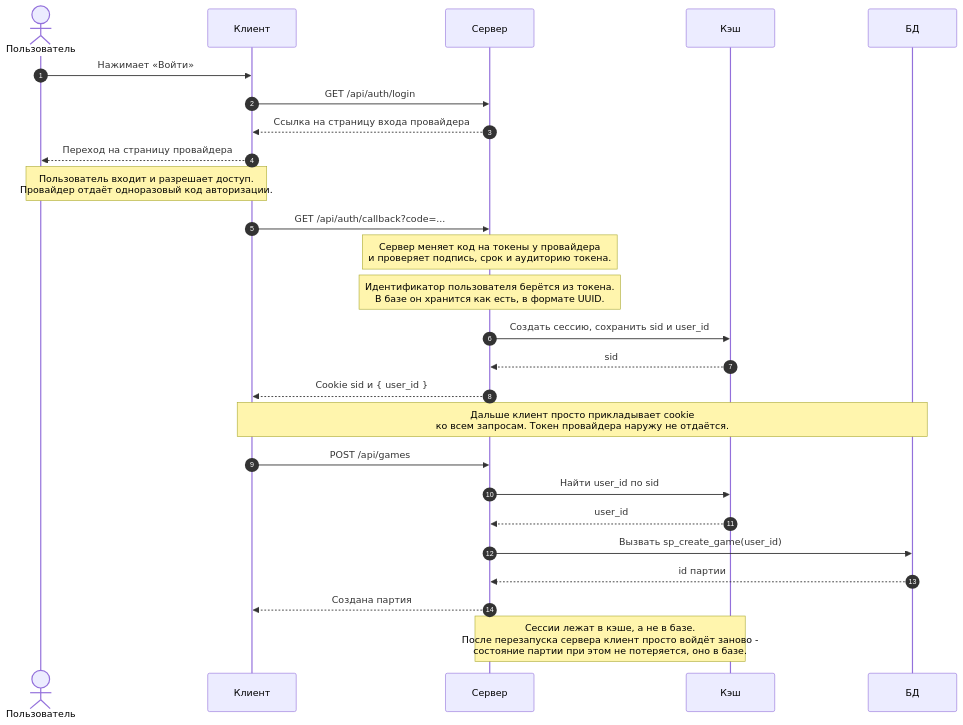
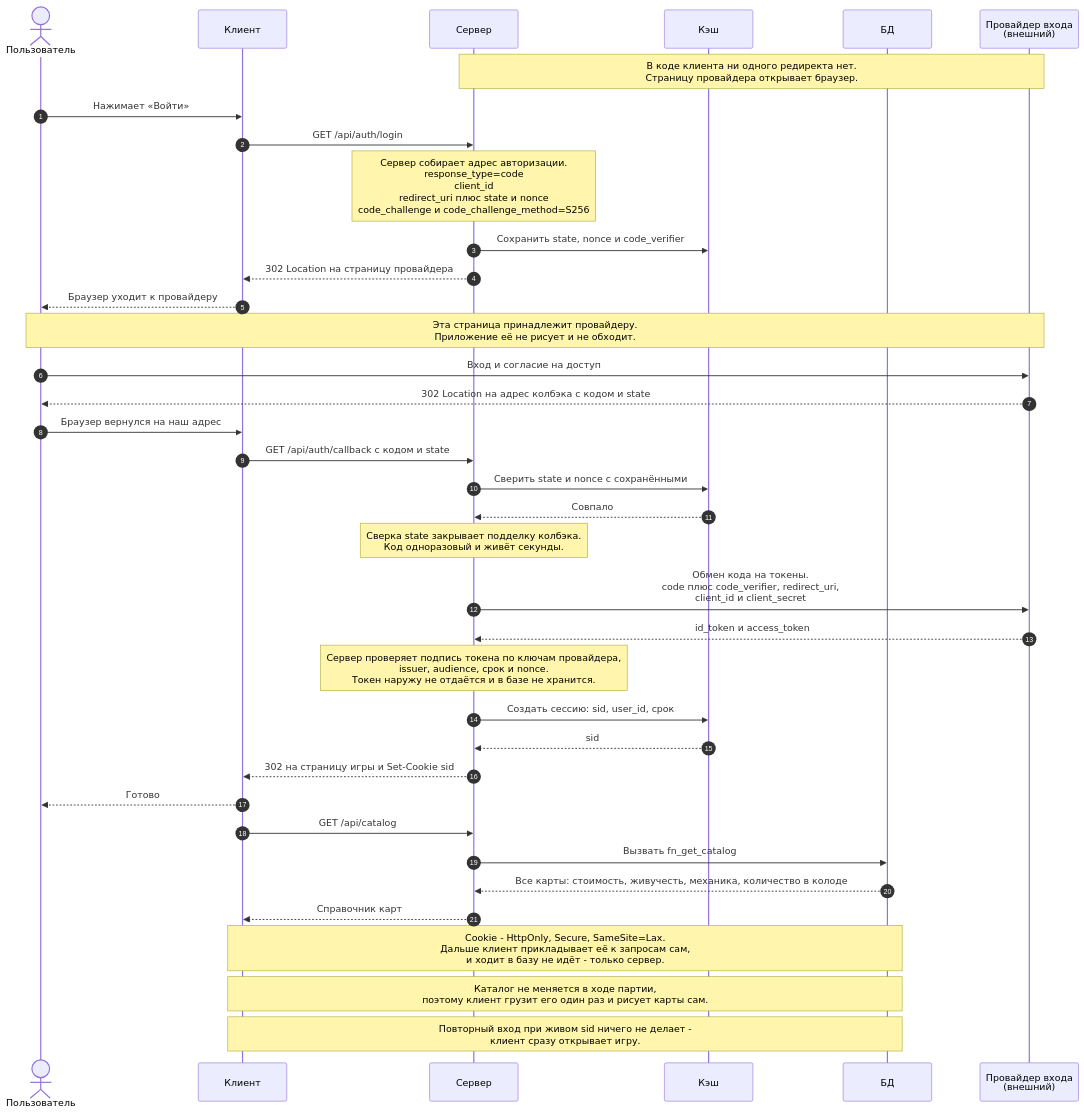
The diagram in diagrams/01-auth.mmd (docup1/edin-game), drawn with Mermaid before and after one commit. The commit also changed 5 other files, not shown here.

First line of the commit message:
Добавить admin API для библиотеки карт

```diff
--- a/diagrams/01-auth.mmd
+++ b/diagrams/01-auth.mmd
@@ -1,35 +1,53 @@
-%% Вход в игру. Участники: пользователь, клиент, сервер, кэш, БД.
-%% В базе нет таблицы пользователей - хранится только идентификатор.
+%% Вход через OIDC. Все переходы делает браузер, а не клиентский код.
+%% Участники: пользователь, клиент, сервер, кэш, БД, внешний провайдер входа.
 sequenceDiagram
     autonumber
     actor U as Пользователь
     participant C as Клиент
     participant S as Сервер
     participant K as Кэш
     participant D as БД
+    participant P as Провайдер входа<br/>(внешний)
+
+    Note over S,P: В коде клиента ни одного редиректа нет.<br/>Страницу провайдера открывает браузер.
 
     U->>C: Нажимает «Войти»
     C->>S: GET /api/auth/login
-    S-->>C: Ссылка на страницу входа провайдера
-    C-->>U: Переход на страницу провайдера
 
-    Note over U,C: Пользователь входит и разрешает доступ.<br/>Провайдер отдаёт одноразовый код авторизации.
+    Note over S: Сервер собирает адрес авторизации.<br/>response_type=code<br/>client_id<br/>redirect_uri плюс state и nonce<br/>code_challenge и code_challenge_method=S256
 
-    C->>S: GET /api/auth/callback?code=...
-    Note over S: Сервер меняет код на токены у провайдера<br/>и проверяет подпись, срок и аудиторию токена.
-    Note over S: Идентификатор пользователя берётся из токена.<br/>В базе он хранится как есть, в формате UUID.
+    S->>K: Сохранить state, nonce и code_verifier
+    S-->>C: 302 Location на страницу провайдера
+    C-->>U: Браузер уходит к провайдеру
 
-    S->>K: Создать сессию, сохранить sid и user_id
+    Note over U,P: Эта страница принадлежит провайдеру.<br/>Приложение её не рисует и не обходит.
+
+    U->>P: Вход и согласие на доступ
+    P-->>U: 302 Location на адрес колбэка с кодом и state
+    U->>C: Браузер вернулся на наш адрес
+
+    C->>S: GET /api/auth/callback с кодом и state
+
+    S->>K: Сверить state и nonce с сохранёнными
+    K-->>S: Совпало
+
+    Note over S: Сверка state закрывает подделку колбэка.<br/>Код одноразовый и живёт секунды.
+
+    S->>P: Обмен кода на токены.<br/>code плюс code_verifier, redirect_uri,<br/>client_id и client_secret
+    P-->>S: id_token и access_token
+
+    Note over S: Сервер проверяет подпись токена по ключам провайдера,<br/>issuer, audience, срок и nonce.<br/>Токен наружу не отдаётся и в базе не хранится.
+
+    S->>K: Создать сессию: sid, user_id, срок
     K-->>S: sid
-    S-->>C: Cookie sid и { user_id }
+    S-->>C: 302 на страницу игры и Set-Cookie sid
+    C-->>U: Готово
 
-    Note over C,D: Дальше клиент просто прикладывает cookie<br/>ко всем запросам. Токен провайдера наружу не отдаётся.
+    C->>S: GET /api/catalog
+    S->>D: Вызвать fn_get_catalog
+    D-->>S: Все карты: стоимость, живучесть, механика, количество в колоде
+    S-->>C: Справочник карт
 
-    C->>S: POST /api/games
-    S->>K: Найти user_id по sid
-    K-->>S: user_id
-    S->>D: Вызвать sp_create_game(user_id)
-    D-->>S: id партии
-    S-->>C: Создана партия
-
-    Note over S,K: Сессии лежат в кэше, а не в базе.<br/>После перезапуска сервера клиент просто войдёт заново -<br/>состояние партии при этом не потеряется, оно в базе.
+    Note over C,D: Cookie - HttpOnly, Secure, SameSite=Lax.<br/>Дальше клиент прикладывает её к запросам сам,<br/>и ходит в базу не идёт - только сервер.
+    Note over C,D: Каталог не меняется в ходе партии,<br/>поэтому клиент грузит его один раз и рисует карты сам.
+    Note over C,D: Повторный вход при живом sid ничего не делает -<br/>клиент сразу открывает игру.
```
